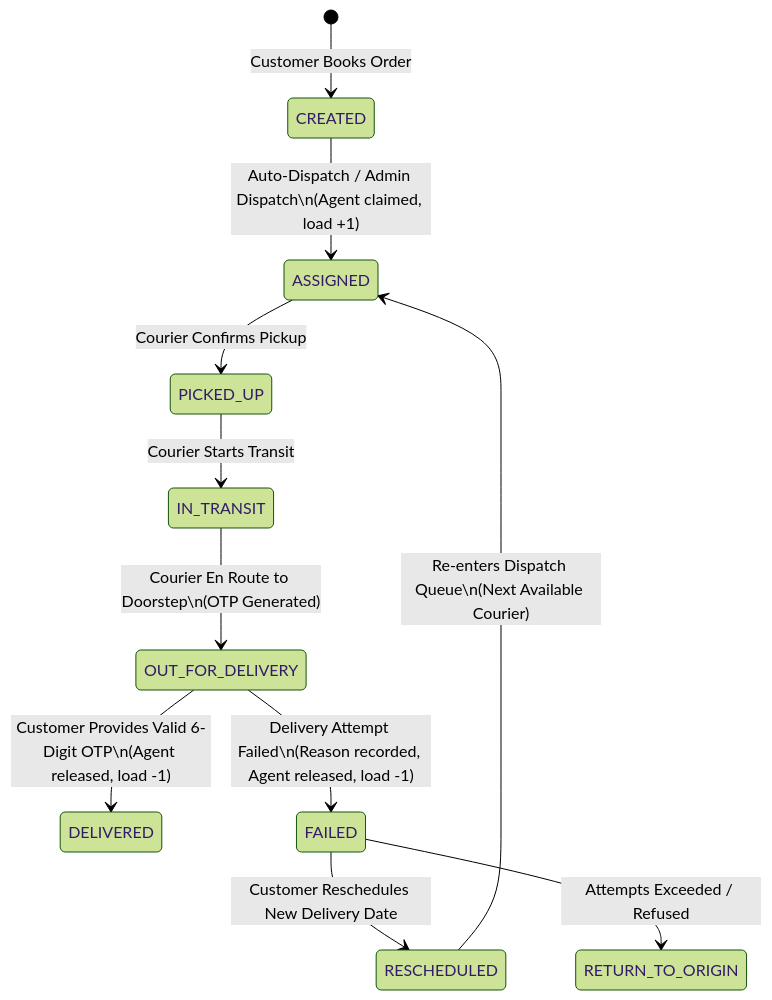
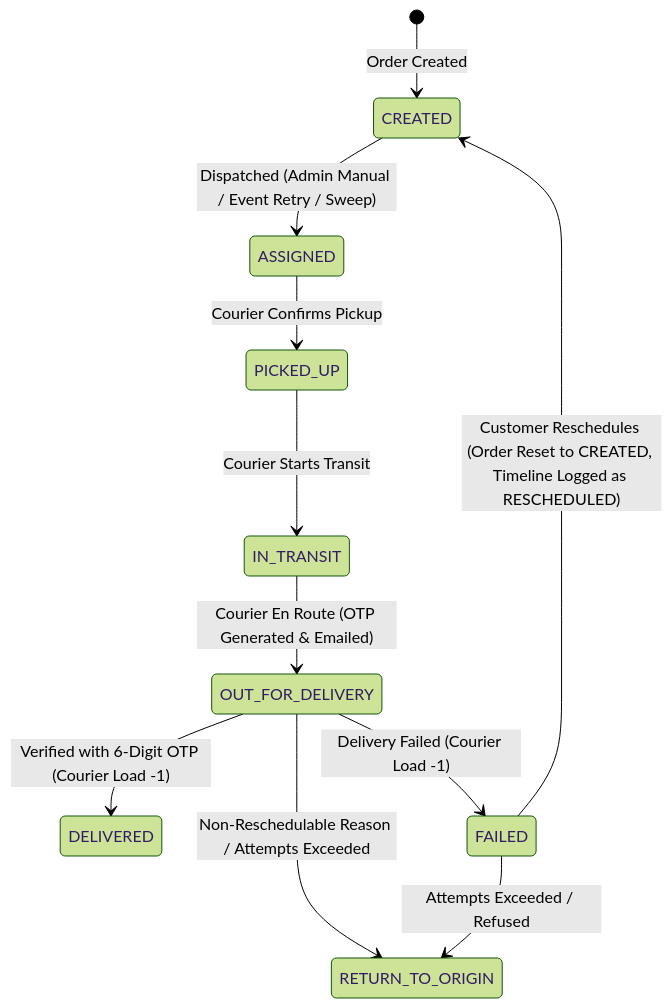
One commit to divyanshu12-fullstack/DispatchPro changed the second of 2 diagrams in README.md. Above: the diagram before and after it, drawn with Mermaid (forest theme). The commit also changed other lines of this file and 2 other files, not shown here.

````diff
--- a/README.md
+++ b/README.md
@@ -192,22 +166,17 @@
 ```mermaid
 stateDiagram-v2
-    [*] --> CREATED: Customer Books Order
-    
-    CREATED --> ASSIGNED: Auto-Dispatch / Admin Dispatch\n(Agent claimed, load +1)
-    
+    [*] --> CREATED: Order Created
+
+    CREATED --> ASSIGNED: Dispatched (Admin Manual / Event Retry / Sweep)
+
     ASSIGNED --> PICKED_UP: Courier Confirms Pickup
-    
     PICKED_UP --> IN_TRANSIT: Courier Starts Transit
-    
-    IN_TRANSIT --> OUT_FOR_DELIVERY: Courier En Route to Doorstep\n(OTP Generated)
-    
-    OUT_FOR_DELIVERY --> DELIVERED: Customer Provides Valid 6-Digit OTP\n(Agent released, load -1)
-    
-    OUT_FOR_DELIVERY --> FAILED: Delivery Attempt Failed\n(Reason recorded, Agent released, load -1)
-    
-    FAILED --> RESCHEDULED: Customer Reschedules New Delivery Date
-    
-    RESCHEDULED --> ASSIGNED: Re-enters Dispatch Queue\n(Next Available Courier)
-    
+    IN_TRANSIT --> OUT_FOR_DELIVERY: Courier En Route (OTP Generated & Emailed)
+
+    OUT_FOR_DELIVERY --> DELIVERED: Verified with 6-Digit OTP (Courier Load -1)
+    OUT_FOR_DELIVERY --> FAILED: Delivery Failed (Courier Load -1)
+    OUT_FOR_DELIVERY --> RETURN_TO_ORIGIN: Non-Reschedulable Reason / Attempts Exceeded
+
+    FAILED --> CREATED: Customer Reschedules (Order Reset to CREATED, Timeline Logged as RESCHEDULED)
     FAILED --> RETURN_TO_ORIGIN: Attempts Exceeded / Refused
 ```
````
